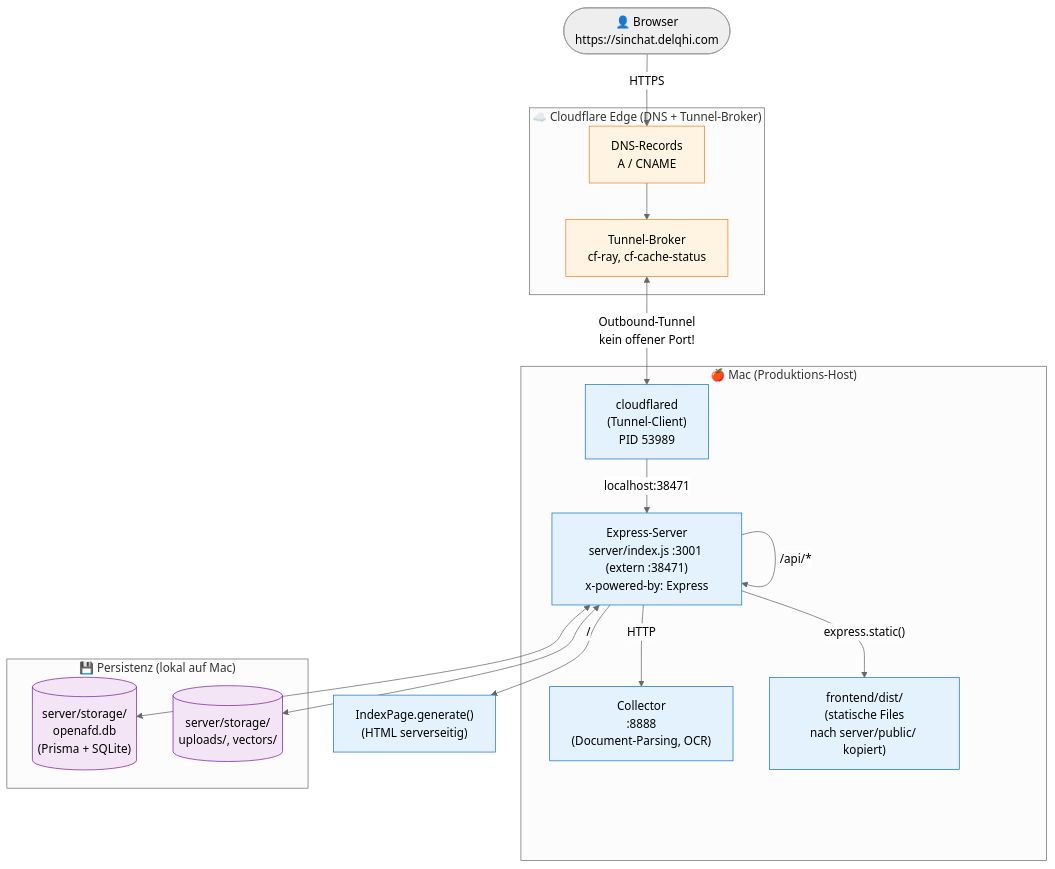
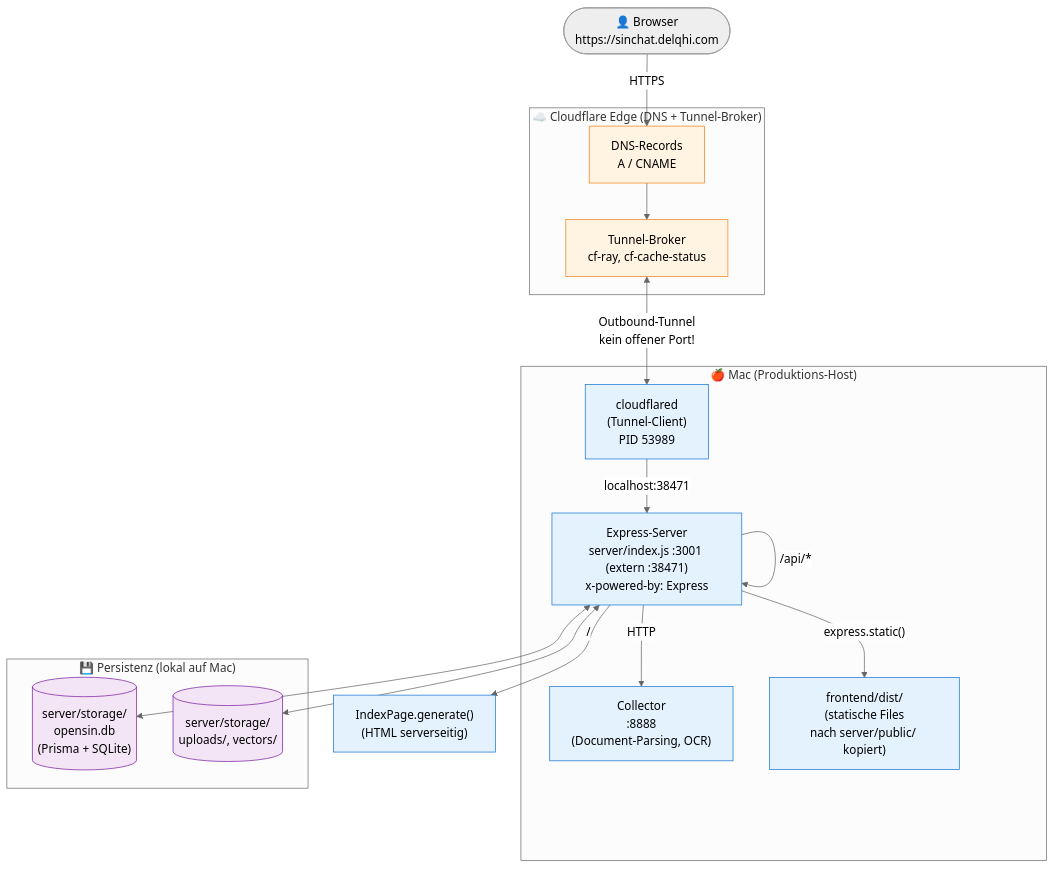
The diagram in README.md (OpenSIN-AI/OpenSIN-Chat), drawn with Mermaid (neutral theme) before and after one commit. The commit also changed 4 other files, not shown here.

````diff
--- a/README.md
+++ b/README.md
@@ -251,39 +251,39 @@
 ```mermaid
 flowchart TB
     User(["👤 Browser<br/>https://sinchat.delqhi.com"])
 
     subgraph Cloudflare["☁️ Cloudflare Edge (DNS + Tunnel-Broker)"]
         DNS["DNS-Records<br/>A / CNAME"]
         Tunnel["Tunnel-Broker<br/>cf-ray, cf-cache-status"]
     end
 
     subgraph Mac["🍎 Mac (Produktions-Host)"]
         Cloudflared["cloudflared<br/>(Tunnel-Client)<br/>PID 53989"]
         Express["Express-Server<br/>server/index.js :3001 (extern :38471)<br/>x-powered-by: Express"]
         Collector["Collector<br/>:8888<br/>(Document-Parsing, OCR)"]
         Frontend["frontend/dist/<br/>(statische Files<br/>nach server/public/ kopiert)"]
     end
 
     subgraph Data["💾 Persistenz (lokal auf Mac)"]
-        SQLite[("server/storage/<br/>openafd.db<br/>(Prisma + SQLite)")]
+        SQLite[("server/storage/<br/>opensin.db<br/>(Prisma + SQLite)")]
         Files[("server/storage/<br/>uploads/, vectors/")]
     end
 
     User -->|HTTPS| DNS
     DNS --> Tunnel
     Tunnel <-->|Outbound-Tunnel<br/>kein offener Port!| Cloudflared
     Cloudflared -->|localhost:38471| Express
     Express -->|"/api/*"| Express
     Express -->|"/"| IndexPage["IndexPage.generate()<br/>(HTML serverseitig)"]
     Express -->|"express.static()"| Frontend
     Express -->|HTTP| Collector
     Express <--> SQLite
     Express <--> Files
 
     classDef cloud fill:#fff4e1,stroke:#f48120,color:#000
     classDef mac fill:#e3f2fd,stroke:#1976d2,color:#000
     classDef data fill:#f3e5f5,stroke:#7b1fa2,color:#000
     class DNS,Tunnel cloud
     class Cloudflared,Express,Collector,Frontend,IndexPage mac
     class SQLite,Files data
 ```
````
